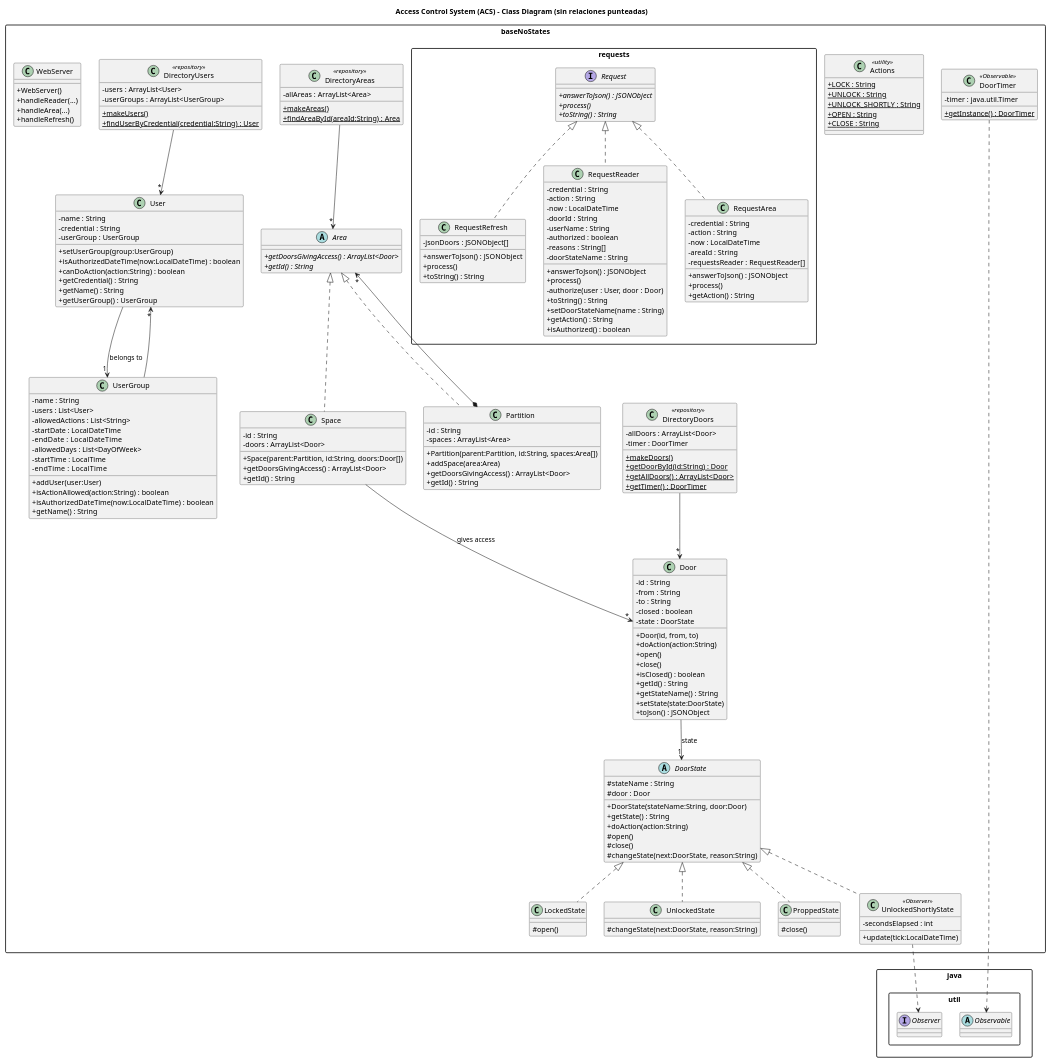
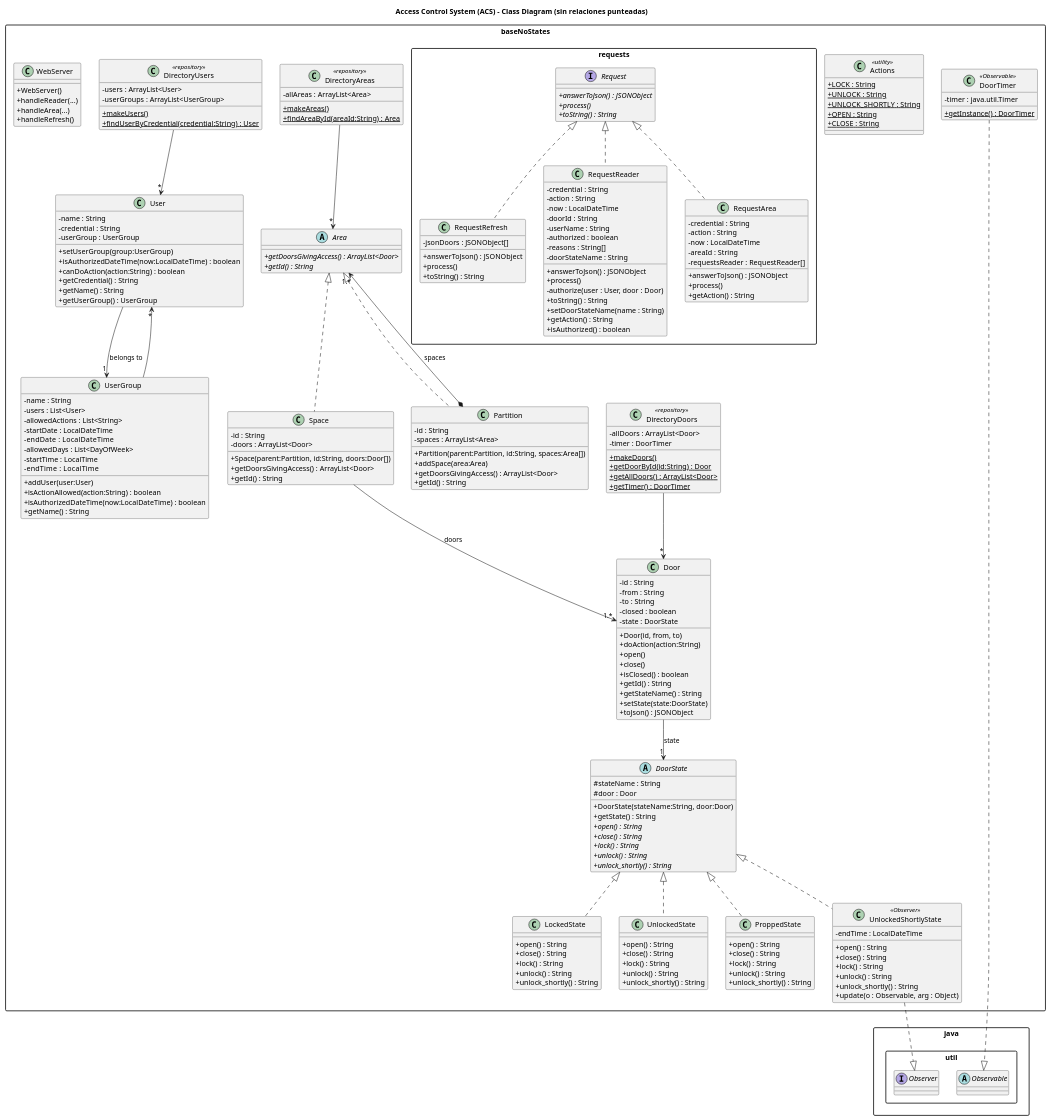
The diagram in DS-Fita1/src/baseNoStates/uml/Fita1.puml (NIU1704572/DS), drawn with PlantUML before and after one commit. The commit also changed 7 other files, not shown here.

```diff
--- a/DS-Fita1/src/baseNoStates/uml/Fita1.puml
+++ b/DS-Fita1/src/baseNoStates/uml/Fita1.puml
@@ -35,24 +35,43 @@
     # door : Door
     + DoorState(stateName:String, door:Door)
     + getState() : String
-    + doAction(action:String)
-    # open()
-    # close()
-    # changeState(next:DoorState, reason:String)
+    + {abstract}open() : String
+    + {abstract}close() : String
+    + {abstract}lock() : String
+    + {abstract}unlock() : String
+    + {abstract}unlock_shortly() : String
   }
 
   class LockedState{
-    # open()
+    +open() : String
+    +close() : String
+    +lock() : String
+    +unlock() : String
+    +unlock_shortly() : String
+
   }
   class UnlockedState{
-  # changeState(next:DoorState, reason:String)
+    +open() : String
+    +close() : String
+    +lock() : String
+    +unlock() : String
+    +unlock_shortly() : String
   }
   class ProppedState{
-  # close()
+    +open() : String
+    +close() : String
+    +lock() : String
+    +unlock() : String
+    +unlock_shortly() : String
   }
   class UnlockedShortlyState <<Observer>> {
-    - secondsElapsed : int
-    + update(tick:LocalDateTime)
+    - endTime : LocalDateTime
+    +open() : String
+    +close() : String
+    +lock() : String
+    +unlock() : String
+    +unlock_shortly() : String
+    + update(o : Observable, arg : Object)
   }
 
   DoorState <|.. LockedState
@@ -101,8 +120,8 @@
 
   Area <|.. Space
   Area <|.. Partition
-  Partition *--> "*" Area
-  Space --> "*" Door : «gives access»
+  Partition *--> Area : spaces "1.*"
+  Space --> Door : doors "1.*"
 
 
   class DirectoryAreas <<repository>> {
@@ -209,7 +228,7 @@
 interface Observer
 }
 
-UnlockedShortlyState..>java.util.Observer
-DoorTimer..>java.util.Observable
+UnlockedShortlyState..|>java.util.Observer
+DoorTimer..|>java.util.Observable
 
 @enduml
```
